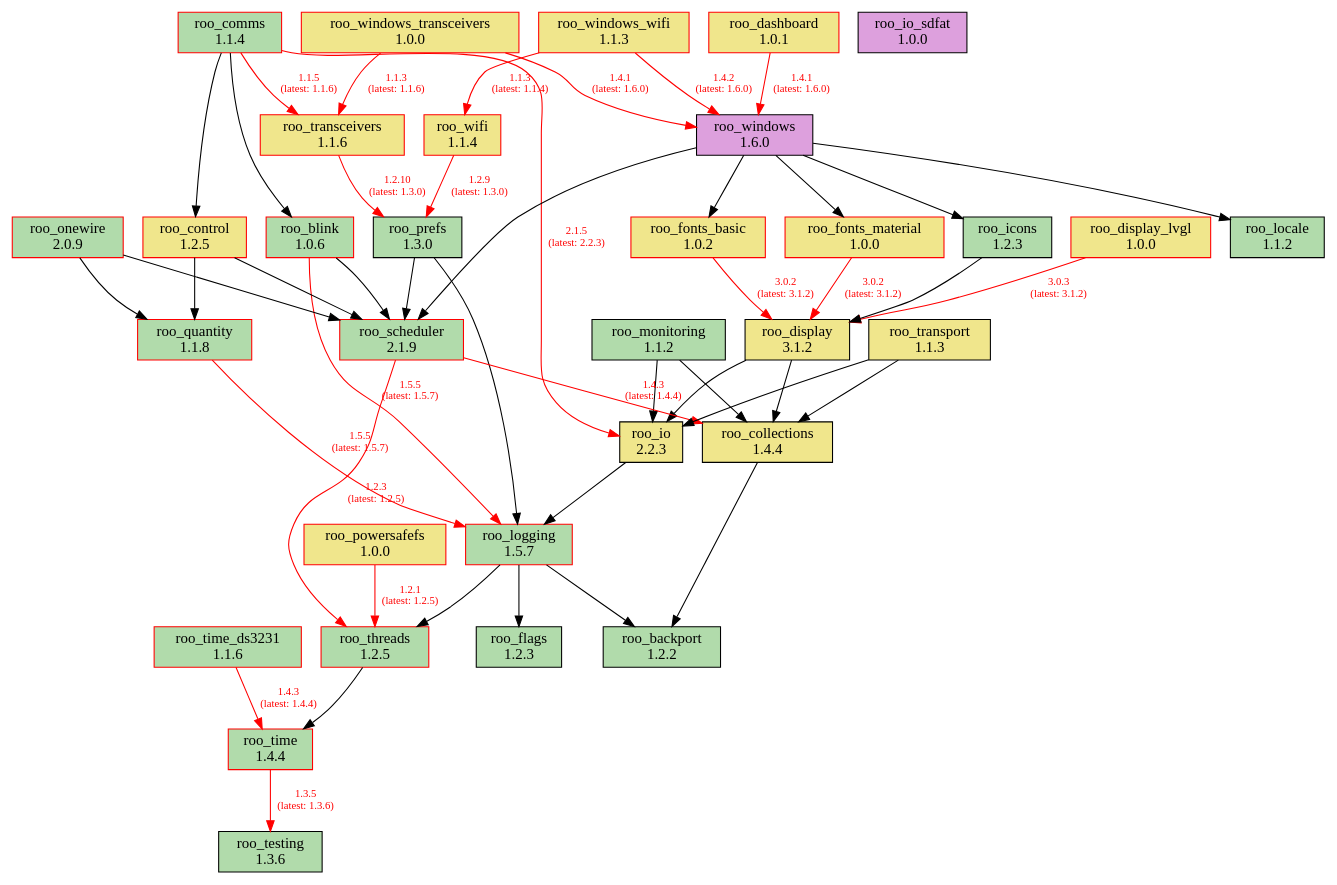
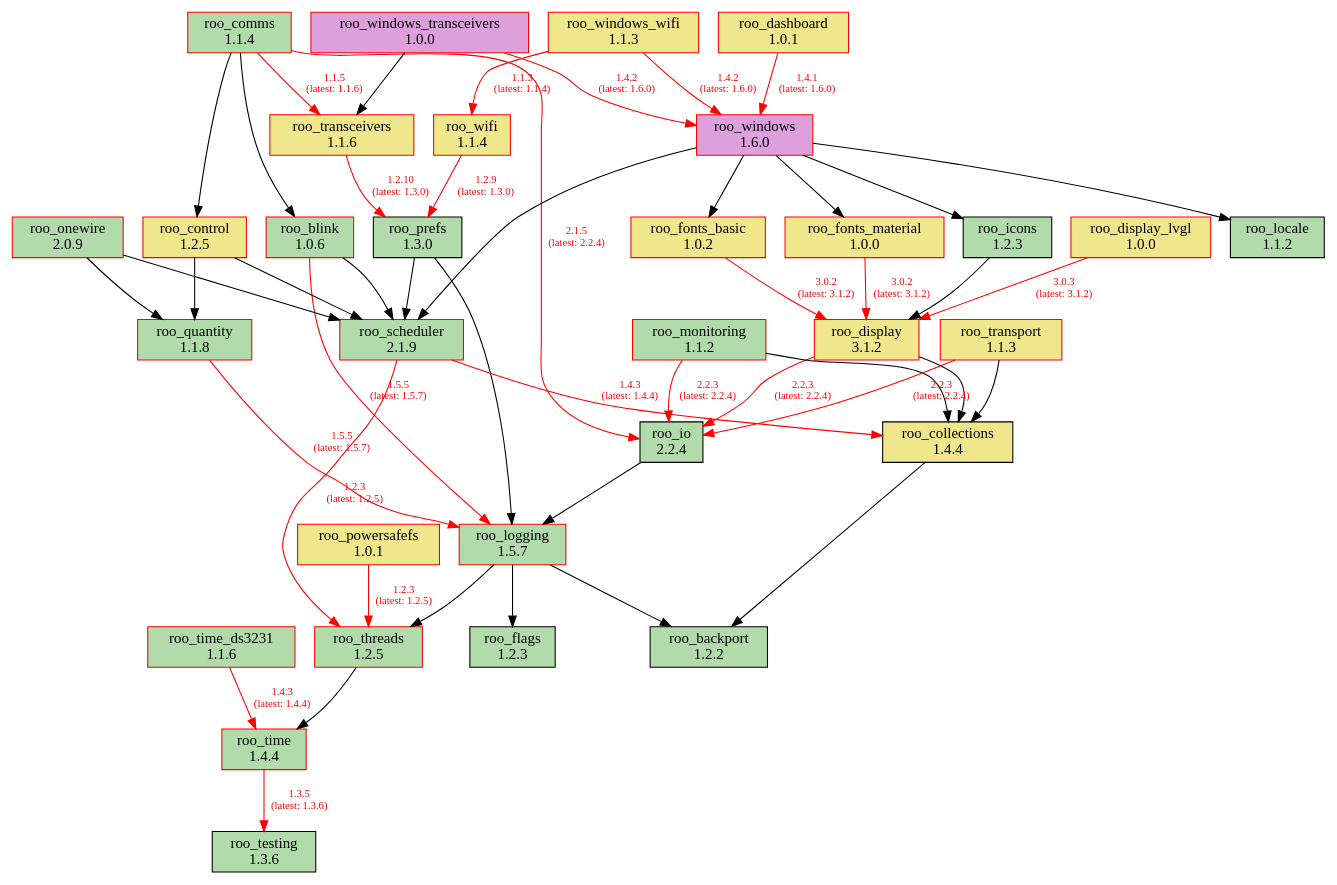
The diagram in doc/dependencies.dot (dejwk/roo-registry), drawn with Graphviz before and after one commit. The commit also changed 3 other files, not shown here.

```diff
--- a/doc/dependencies.dot
+++ b/doc/dependencies.dot
@@ -1,87 +1,86 @@
 digraph dependencies {
     rankdir=TB;
     node [shape=box, style=filled];
     edge [fontsize=10];
 
     // Modules
     "roo_backport" [label="roo_backport\n1.2.2", fillcolor="#b1dbab", color="black"];
     "roo_blink" [label="roo_blink\n1.0.6", fillcolor="#b1dbab", color="red"];
     "roo_collections" [label="roo_collections\n1.4.4", fillcolor="khaki", color="black"];
     "roo_comms" [label="roo_comms\n1.1.4", fillcolor="#b1dbab", color="red"];
     "roo_control" [label="roo_control\n1.2.5", fillcolor="khaki", color="red"];
     "roo_dashboard" [label="roo_dashboard\n1.0.1", fillcolor="khaki", color="red"];
-    "roo_display" [label="roo_display\n3.1.2", fillcolor="khaki", color="black"];
+    "roo_display" [label="roo_display\n3.1.2", fillcolor="khaki", color="red"];
     "roo_display_lvgl" [label="roo_display_lvgl\n1.0.0", fillcolor="khaki", color="red"];
     "roo_flags" [label="roo_flags\n1.2.3", fillcolor="#b1dbab", color="black"];
     "roo_fonts_basic" [label="roo_fonts_basic\n1.0.2", fillcolor="khaki", color="red"];
     "roo_fonts_material" [label="roo_fonts_material\n1.0.0", fillcolor="khaki", color="red"];
     "roo_icons" [label="roo_icons\n1.2.3", fillcolor="#b1dbab", color="black"];
-    "roo_io" [label="roo_io\n2.2.3", fillcolor="khaki", color="black"];
-    "roo_io_sdfat" [label="roo_io_sdfat\n1.0.0", fillcolor="plum", color="black"];
+    "roo_io" [label="roo_io\n2.2.4", fillcolor="#b1dbab", color="black"];
     "roo_locale" [label="roo_locale\n1.1.2", fillcolor="#b1dbab", color="black"];
     "roo_logging" [label="roo_logging\n1.5.7", fillcolor="#b1dbab", color="red"];
-    "roo_monitoring" [label="roo_monitoring\n1.1.2", fillcolor="#b1dbab", color="black"];
+    "roo_monitoring" [label="roo_monitoring\n1.1.2", fillcolor="#b1dbab", color="red"];
     "roo_onewire" [label="roo_onewire\n2.0.9", fillcolor="#b1dbab", color="red"];
-    "roo_powersafefs" [label="roo_powersafefs\n1.0.0", fillcolor="khaki", color="red"];
+    "roo_powersafefs" [label="roo_powersafefs\n1.0.1", fillcolor="khaki", color="red"];
     "roo_prefs" [label="roo_prefs\n1.3.0", fillcolor="#b1dbab", color="black"];
     "roo_quantity" [label="roo_quantity\n1.1.8", fillcolor="#b1dbab", color="red"];
     "roo_scheduler" [label="roo_scheduler\n2.1.9", fillcolor="#b1dbab", color="red"];
     "roo_testing" [label="roo_testing\n1.3.6", fillcolor="#b1dbab", color="black"];
     "roo_threads" [label="roo_threads\n1.2.5", fillcolor="#b1dbab", color="red"];
     "roo_time" [label="roo_time\n1.4.4", fillcolor="#b1dbab", color="red"];
     "roo_time_ds3231" [label="roo_time_ds3231\n1.1.6", fillcolor="#b1dbab", color="red"];
     "roo_transceivers" [label="roo_transceivers\n1.1.6", fillcolor="khaki", color="red"];
-    "roo_transport" [label="roo_transport\n1.1.3", fillcolor="khaki", color="black"];
+    "roo_transport" [label="roo_transport\n1.1.3", fillcolor="khaki", color="red"];
     "roo_wifi" [label="roo_wifi\n1.1.4", fillcolor="khaki", color="red"];
-    "roo_windows" [label="roo_windows\n1.6.0", fillcolor="plum", color="black"];
-    "roo_windows_transceivers" [label="roo_windows_transceivers\n1.0.0", fillcolor="khaki", color="red"];
+    "roo_windows" [label="roo_windows\n1.6.0", fillcolor="plum", color="red"];
+    "roo_windows_transceivers" [label="roo_windows_transceivers\n1.0.0", fillcolor="plum", color="red"];
     "roo_windows_wifi" [label="roo_windows_wifi\n1.1.3", fillcolor="khaki", color="red"];
 
     // Dependencies
     "roo_blink" -> "roo_logging" [color=red, fontcolor=red, label="1.5.5\n(latest: 1.5.7)"];
     "roo_blink" -> "roo_scheduler";
     "roo_collections" -> "roo_backport";
     "roo_comms" -> "roo_blink";
     "roo_comms" -> "roo_control";
-    "roo_comms" -> "roo_io" [color=red, fontcolor=red, label="2.1.5\n(latest: 2.2.3)"];
+    "roo_comms" -> "roo_io" [color=red, fontcolor=red, label="2.1.5\n(latest: 2.2.4)"];
     "roo_comms" -> "roo_transceivers" [color=red, fontcolor=red, label="1.1.5\n(latest: 1.1.6)"];
     "roo_control" -> "roo_quantity";
     "roo_control" -> "roo_scheduler";
     "roo_dashboard" -> "roo_windows" [color=red, fontcolor=red, label="1.4.1\n(latest: 1.6.0)"];
     "roo_display" -> "roo_collections";
-    "roo_display" -> "roo_io";
+    "roo_display" -> "roo_io" [color=red, fontcolor=red, label="2.2.3\n(latest: 2.2.4)"];
     "roo_display_lvgl" -> "roo_display" [color=red, fontcolor=red, label="3.0.3\n(latest: 3.1.2)"];
     "roo_fonts_basic" -> "roo_display" [color=red, fontcolor=red, label="3.0.2\n(latest: 3.1.2)"];
     "roo_fonts_material" -> "roo_display" [color=red, fontcolor=red, label="3.0.2\n(latest: 3.1.2)"];
     "roo_icons" -> "roo_display";
     "roo_io" -> "roo_logging";
     "roo_logging" -> "roo_backport";
     "roo_logging" -> "roo_flags";
     "roo_logging" -> "roo_threads";
     "roo_monitoring" -> "roo_collections";
-    "roo_monitoring" -> "roo_io";
+    "roo_monitoring" -> "roo_io" [color=red, fontcolor=red, label="2.2.3\n(latest: 2.2.4)"];
     "roo_onewire" -> "roo_scheduler";
     "roo_onewire" -> "roo_quantity";
-    "roo_powersafefs" -> "roo_threads" [color=red, fontcolor=red, label="1.2.1\n(latest: 1.2.5)"];
+    "roo_powersafefs" -> "roo_threads" [color=red, fontcolor=red, label="1.2.3\n(latest: 1.2.5)"];
     "roo_prefs" -> "roo_logging";
     "roo_prefs" -> "roo_scheduler";
     "roo_quantity" -> "roo_logging" [color=red, fontcolor=red, label="1.5.5\n(latest: 1.5.7)"];
     "roo_scheduler" -> "roo_collections" [color=red, fontcolor=red, label="1.4.3\n(latest: 1.4.4)"];
     "roo_scheduler" -> "roo_threads" [color=red, fontcolor=red, label="1.2.3\n(latest: 1.2.5)"];
     "roo_threads" -> "roo_time";
     "roo_time" -> "roo_testing" [color=red, fontcolor=red, label="1.3.5\n(latest: 1.3.6)"];
     "roo_time_ds3231" -> "roo_time" [color=red, fontcolor=red, label="1.4.3\n(latest: 1.4.4)"];
     "roo_transceivers" -> "roo_prefs" [color=red, fontcolor=red, label="1.2.10\n(latest: 1.3.0)"];
     "roo_transport" -> "roo_collections";
-    "roo_transport" -> "roo_io";
+    "roo_transport" -> "roo_io" [color=red, fontcolor=red, label="2.2.3\n(latest: 2.2.4)"];
     "roo_wifi" -> "roo_prefs" [color=red, fontcolor=red, label="1.2.9\n(latest: 1.3.0)"];
     "roo_windows" -> "roo_fonts_basic";
     "roo_windows" -> "roo_fonts_material";
     "roo_windows" -> "roo_locale";
     "roo_windows" -> "roo_icons";
     "roo_windows" -> "roo_scheduler";
-    "roo_windows_transceivers" -> "roo_transceivers" [color=red, fontcolor=red, label="1.1.3\n(latest: 1.1.6)"];
-    "roo_windows_transceivers" -> "roo_windows" [color=red, fontcolor=red, label="1.4.1\n(latest: 1.6.0)"];
+    "roo_windows_transceivers" -> "roo_transceivers";
+    "roo_windows_transceivers" -> "roo_windows" [color=red, fontcolor=red, label="1.4.2\n(latest: 1.6.0)"];
     "roo_windows_wifi" -> "roo_wifi" [color=red, fontcolor=red, label="1.1.3\n(latest: 1.1.4)"];
     "roo_windows_wifi" -> "roo_windows" [color=red, fontcolor=red, label="1.4.2\n(latest: 1.6.0)"];
 }
```
